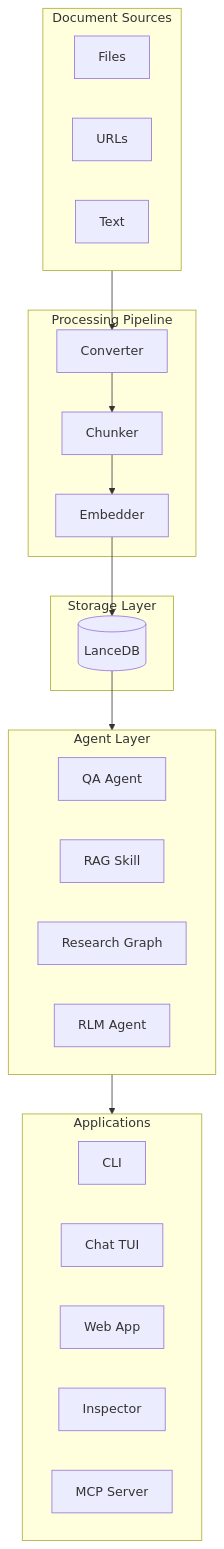
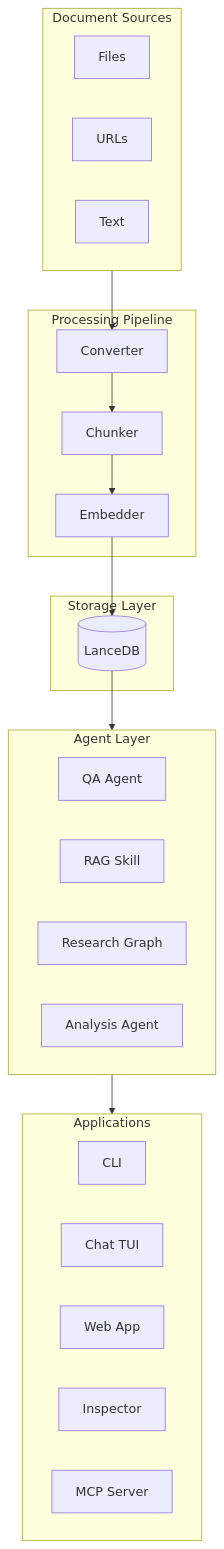
Before and after one commit to ggozad/haiku.rag: the first of 5 diagrams in docs/architecture.md, drawn with Mermaid. The commit also changed other lines of this file and 44 other files, not shown here.

Commit message:
rename RLM agent to analysis throughout the codebase

````diff
--- a/docs/architecture.md
+++ b/docs/architecture.md
@@ -7,41 +7,41 @@
 ```mermaid
 flowchart TB
     subgraph Sources["Document Sources"]
         Files[Files]
         URLs[URLs]
         Text[Text]
     end
 
     subgraph Processing["Processing Pipeline"]
         Converter[Converter]
         Chunker[Chunker]
         Embedder[Embedder]
     end
 
     subgraph Storage["Storage Layer"]
         LanceDB[(LanceDB)]
     end
 
     subgraph Agents["Agent Layer"]
         QA[QA Agent]
         Skill[RAG Skill]
         Research[Research Graph]
-        RLM[RLM Agent]
+        Analysis[Analysis Agent]
     end
 
     subgraph Apps["Applications"]
         CLI[CLI]
         ChatTUI[Chat TUI]
         WebApp[Web App]
         Inspector[Inspector]
         MCP[MCP Server]
     end
 
     Sources --> Converter
     Converter --> Chunker
     Chunker --> Embedder
     Embedder --> LanceDB
 
     LanceDB --> Agents
     Agents --> Apps
 ```
````
